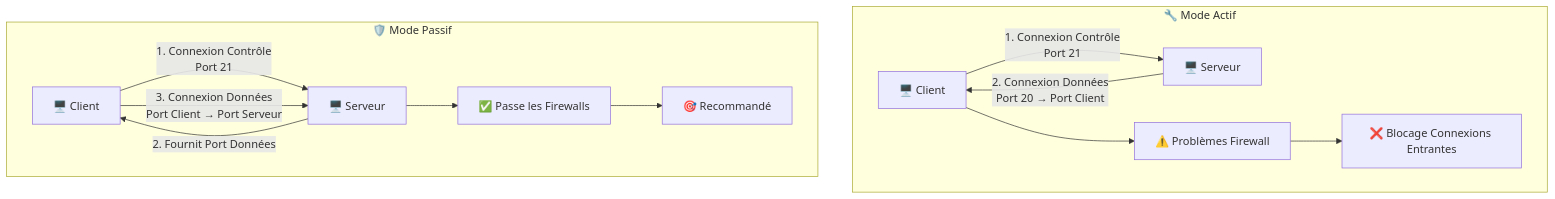
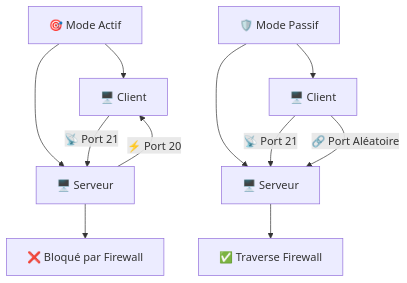
One commit to hiddenacademy/hiddenacademy.github.io changed the second of 2 diagrams in _posts/2024-06-25-ftp.md. Above: the diagram before and after it, drawn with Mermaid. The commit also changed other lines of this file, not shown here.

````diff
--- a/_posts/2024-06-25-ftp.md
+++ b/_posts/2024-06-25-ftp.md
@@ -193,17 +189,14 @@
-<div class="mermaid">
+```mermaid
 graph TD
-    subgraph "🔧 Mode Actif"
-        A1[🖥️ Client] -->|1. Connexion Contrôle<br/>Port 21| A2[🖥️ Serveur]
-        A2 -->|2. Connexion Données<br/>Port 20 → Port Client| A1
-        A1 --> A3[⚠️ Problèmes Firewall]
-        A3 --> A4[❌ Blocage Connexions Entrantes]
-    end
+    A[🎯 Mode Actif] --> B[🖥️ Client]
+    A --> C[🖥️ Serveur]
+    B -->|📡 Port 21| C
+    C -->|⚡ Port 20| B
+    C --> D[❌ Bloqué par Firewall]
     
-    subgraph "🛡️ Mode Passif"
-        B1[🖥️ Client] -->|1. Connexion Contrôle<br/>Port 21| B2[🖥️ Serveur]
-        B2 -->|2. Fournit Port Données| B1
-        B1 -->|3. Connexion Données<br/>Port Client → Port Serveur| B2
-        B2 --> B3[✅ Passe les Firewalls]
-        B3 --> B4[🎯 Recommandé]
-    end
-</div>
+    E[🛡️ Mode Passif] --> F[🖥️ Client]
+    E --> G[🖥️ Serveur]
+    F -->|📡 Port 21| G
+    F -->|🔗 Port Aléatoire| G
+    G --> H[✅ Traverse Firewall]
+```
````
